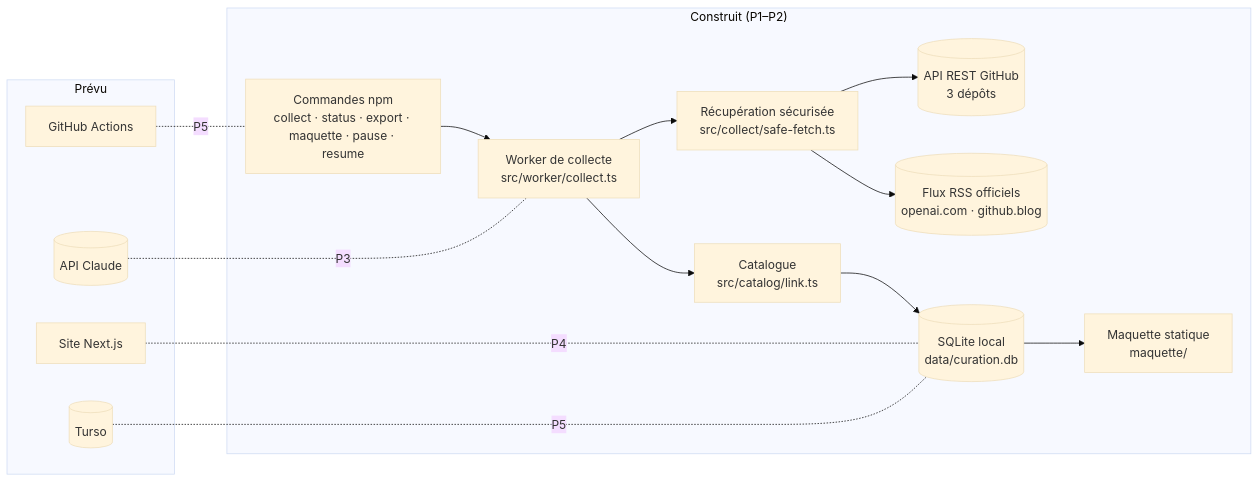
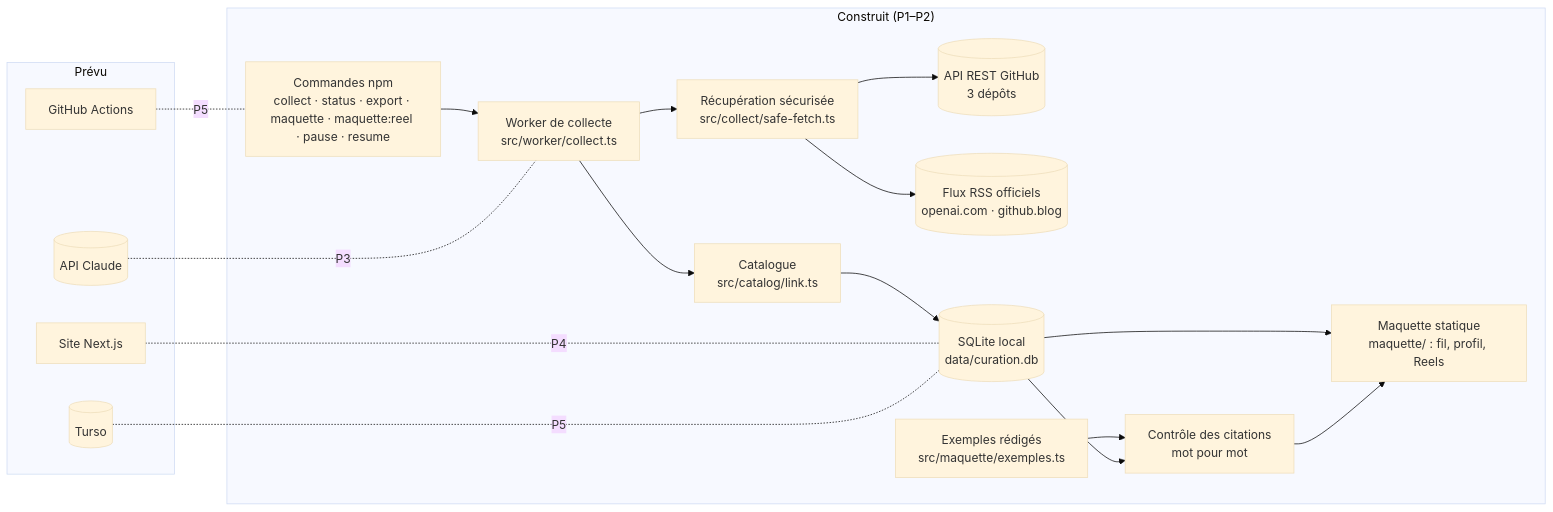
Before and after one commit to Aloncoh/curation-ia: the first of 4 diagrams in docs/architecture.md, drawn with Mermaid (base theme). The commit also changed other lines of this file and 49 other files, not shown here.

````diff
--- a/docs/architecture.md
+++ b/docs/architecture.md
@@ -7,18 +7,21 @@
 ```mermaid
 flowchart LR
   subgraph Construit["Construit (P1–P2)"]
-    CLI["Commandes npm<br/>collect · status · export · maquette · pause · resume"] --> W["Worker de collecte<br/>src/worker/collect.ts"]
+    CLI["Commandes npm<br/>collect · status · export · maquette · maquette:reel · pause · resume"] --> W["Worker de collecte<br/>src/worker/collect.ts"]
     W --> SF["Récupération sécurisée<br/>src/collect/safe-fetch.ts"]
     SF --> GH[(API REST GitHub<br/>3 dépôts)]
     SF --> RSS[(Flux RSS officiels<br/>openai.com · github.blog)]
     W --> CAT["Catalogue<br/>src/catalog/link.ts"]
     CAT --> DB[(SQLite local<br/>data/curation.db)]
-    DB --> MAQ["Maquette statique<br/>maquette/"]
+    DB --> MAQ["Maquette statique<br/>maquette/ : fil, profil, Reels"]
+    EX["Exemples rédigés<br/>src/maquette/exemples.ts"] --> VERIF["Contrôle des citations<br/>mot pour mot"]
+    DB --> VERIF
+    VERIF --> MAQ
   end
   subgraph Prevu["Prévu"]
     LLM[(API Claude)] -.P3.- W
     WEB["Site Next.js"] -.P4.- DB
     GHA["GitHub Actions"] -.P5.- CLI
     TURSO[(Turso)] -.P5.- DB
   end
 ```
````
